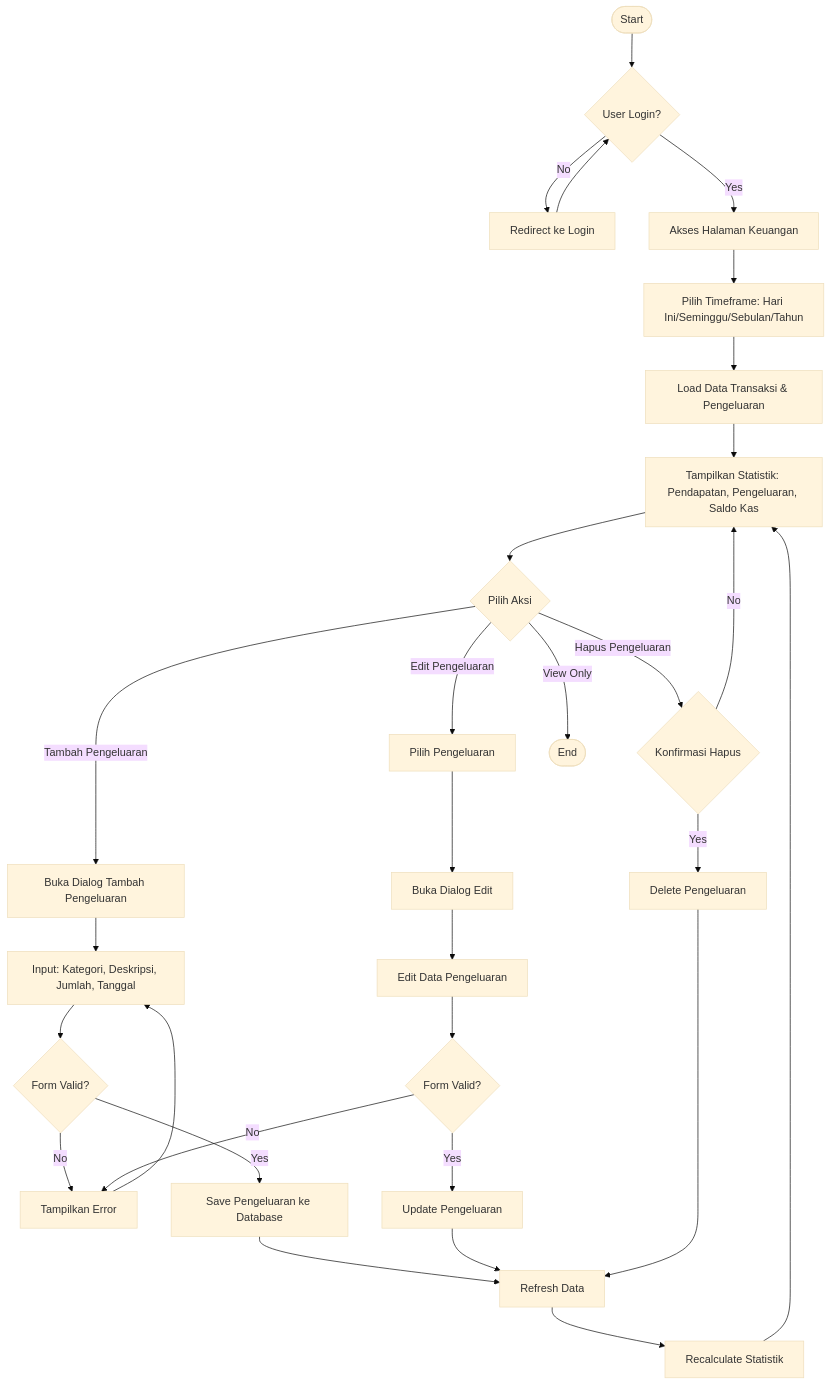
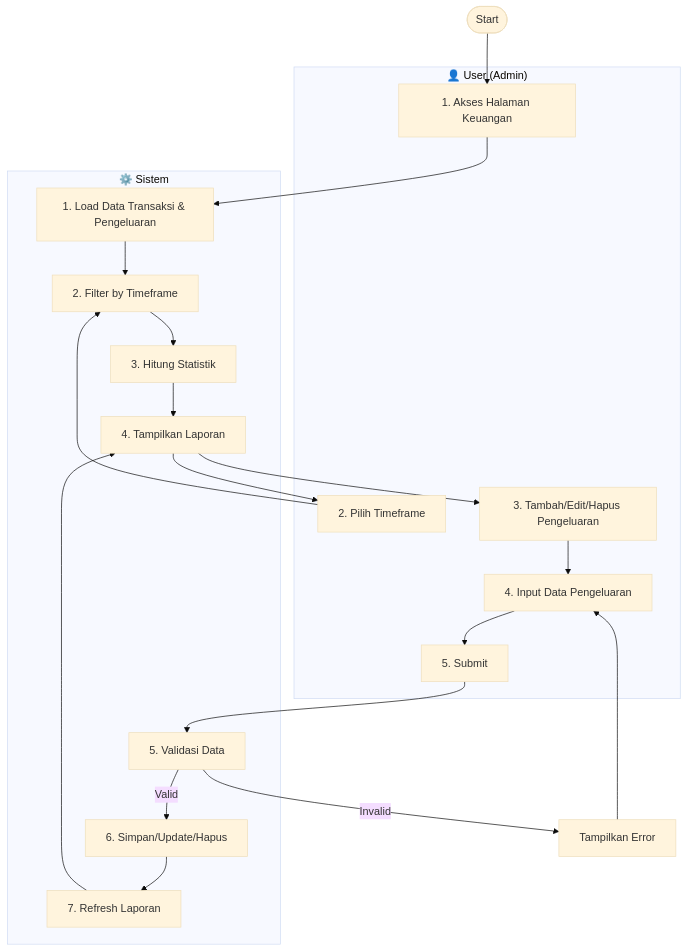
One commit to rizkygm23/laundry-app changed diagram 11 of 12 in diagram_activity.md. Above: the diagram before and after it, drawn with Mermaid (base theme). The commit also changed other lines of this file and 5 other files, not shown here.

Commit message:
add diagram

````diff
--- a/diagram_activity.md
+++ b/diagram_activity.md
@@ -270,35 +414,37 @@
 ```mermaid
 flowchart TD
-    Start([Start]) --> Login{User Login?}
-    Login -->|No| Redirect[Redirect ke Login]
-    Redirect --> Login
-    Login -->|Yes| AccessKeuangan[Akses Halaman Keuangan]
-    AccessKeuangan --> SelectTimeframe[Pilih Timeframe: Hari Ini/Seminggu/Sebulan/Tahun]
-    SelectTimeframe --> LoadData[Load Data Transaksi & Pengeluaran]
-    LoadData --> DisplayStats[Tampilkan Statistik: Pendapatan, Pengeluaran, Saldo Kas]
-    DisplayStats --> SelectAction{Pilih Aksi}
-    SelectAction -->|Tambah Pengeluaran| OpenDialog[Buka Dialog Tambah Pengeluaran]
-    SelectAction -->|Edit Pengeluaran| SelectPengeluaran[Pilih Pengeluaran]
-    SelectAction -->|Hapus Pengeluaran| ConfirmDelete{Konfirmasi Hapus}
-    SelectAction -->|View Only| End([End])
+    subgraph User["👤 User (Admin)"]
+        U1[1. Akses Halaman Keuangan]
+        U2[2. Pilih Timeframe]
+        U3[3. Tambah/Edit/Hapus Pengeluaran]
+        U4[4. Input Data Pengeluaran]
+        U5[5. Submit]
+    end
     
-    OpenDialog --> InputPengeluaran[Input: Kategori, Deskripsi, Jumlah, Tanggal]
-    InputPengeluaran --> ValidateForm{Form Valid?}
-    ValidateForm -->|No| ShowError[Tampilkan Error]
-    ShowError --> InputPengeluaran
-    ValidateForm -->|Yes| SavePengeluaran[Save Pengeluaran ke Database]
-    SavePengeluaran --> RefreshData[Refresh Data]
-    RefreshData --> RecalculateStats[Recalculate Statistik]
-    RecalculateStats --> DisplayStats
+    subgraph System["⚙️ Sistem"]
+        S1[1. Load Data Transaksi & Pengeluaran]
+        S2[2. Filter by Timeframe]
+        S3[3. Hitung Statistik]
+        S4[4. Tampilkan Laporan]
+        S5[5. Validasi Data]
+        S6[6. Simpan/Update/Hapus]
+        S7[7. Refresh Laporan]
+    end
     
-    SelectPengeluaran --> OpenEditDialog[Buka Dialog Edit]
-    OpenEditDialog --> EditData[Edit Data Pengeluaran]
-    EditData --> ValidateEdit{Form Valid?}
-    ValidateEdit -->|No| ShowError
-    ValidateEdit -->|Yes| UpdatePengeluaran[Update Pengeluaran]
-    UpdatePengeluaran --> RefreshData
-    
-    ConfirmDelete -->|Yes| DeletePengeluaran[Delete Pengeluaran]
-    ConfirmDelete -->|No| DisplayStats
-    DeletePengeluaran --> RefreshData
+    Start([Start]) --> U1
+    U1 --> S1
+    S1 --> S2
+    S2 --> S3
+    S3 --> S4
+    S4 --> U2
+    U2 --> S2
+    S4 --> U3
+    U3 --> U4
+    U4 --> U5
+    U5 --> S5
+    S5 -->|Valid| S6
+    S5 -->|Invalid| Error[Tampilkan Error]
+    S6 --> S7
+    S7 --> S4
+    Error --> U4
 ```
````
